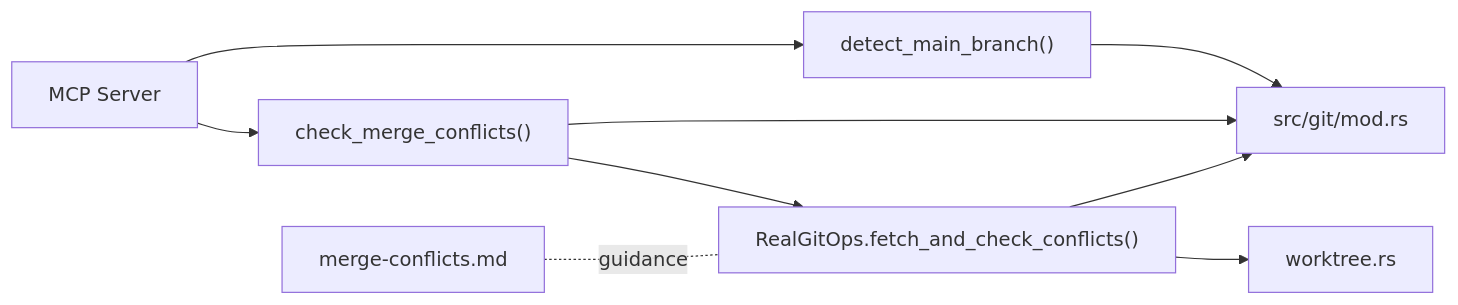
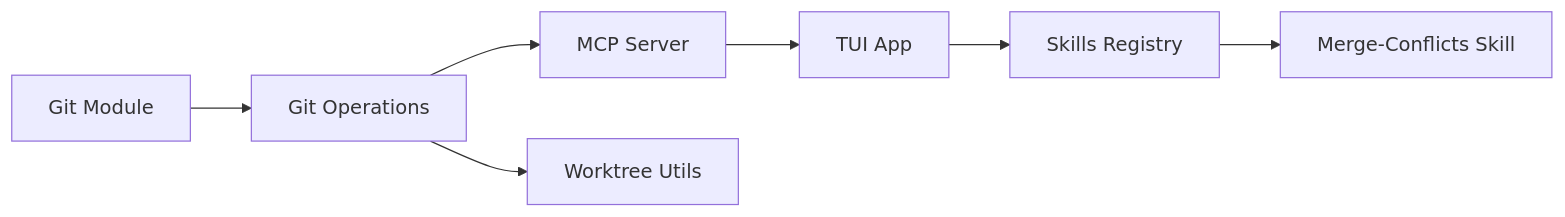
Before and after one commit to bramburn/agtx: the eighth of 8 diagrams in .qoder/repowiki/en/content/Git Integration/Conflict Resolution.md, drawn with Mermaid. The commit also changed other lines of this file and 140 other files, not shown here.

````diff
--- a/.qoder/repowiki/en/content/Git Integration/Conflict Resolution.md
+++ b/.qoder/repowiki/en/content/Git Integration/Conflict Resolution.md
@@ -261,11 +270,9 @@
 ```mermaid
 graph LR
-MCP["MCP Server"] --> DET["detect_main_branch()"]
-MCP --> CHK["check_merge_conflicts()"]
-DET --> MOD["src/git/mod.rs"]
-CHK --> MOD
-CHK --> OPS["RealGitOps.fetch_and_check_conflicts()"]
-OPS --> MOD
-OPS --> WT["worktree.rs"]
-SK["merge-conflicts.md"] -. "guidance" .- OPS
+MOD["Git Module"] --> OPS["Git Operations"]
+OPS --> SRV["MCP Server"]
+SRV --> APP["TUI App"]
+APP --> SKR["Skills Registry"]
+SKR --> SK["Merge-Conflicts Skill"]
+OPS --> WTU["Worktree Utils"]
 ```
````
